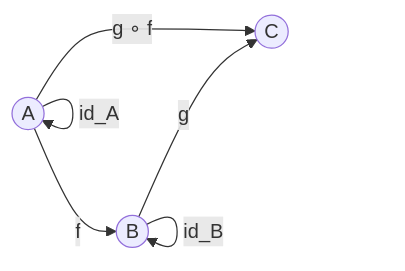
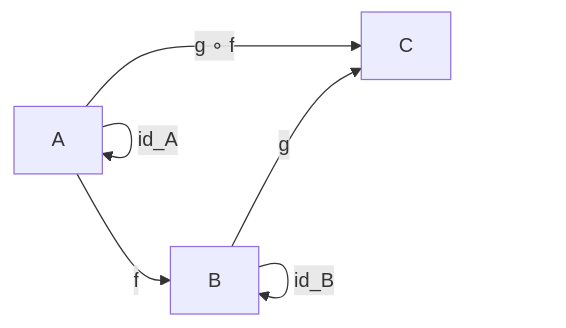
The first of 7 diagrams in docs/category_theory.md (but212/rustica), drawn with Mermaid before and after one commit. The commit also changed other lines of this file, not shown here.

Commit message:
solve the mermaid expression in category_theory.md

````diff
--- a/docs/category_theory.md
+++ b/docs/category_theory.md
@@ -15,8 +15,8 @@
 ```mermaid
 graph LR
-    A((A)) -- "id_A" --> A
-    B((B)) -- "id_B" --> B
-    A -- "f" --> B
-    B -- "g" --> C((C))
-    A -- "g ∘ f" --> C
+    A["A"] --> |"id_A"| A
+    B["B"] --> |"id_B"| B
+    A --> |"f"| B
+    B --> |"g"| C["C"]
+    A --> |"g ∘ f"| C
 ```
````
